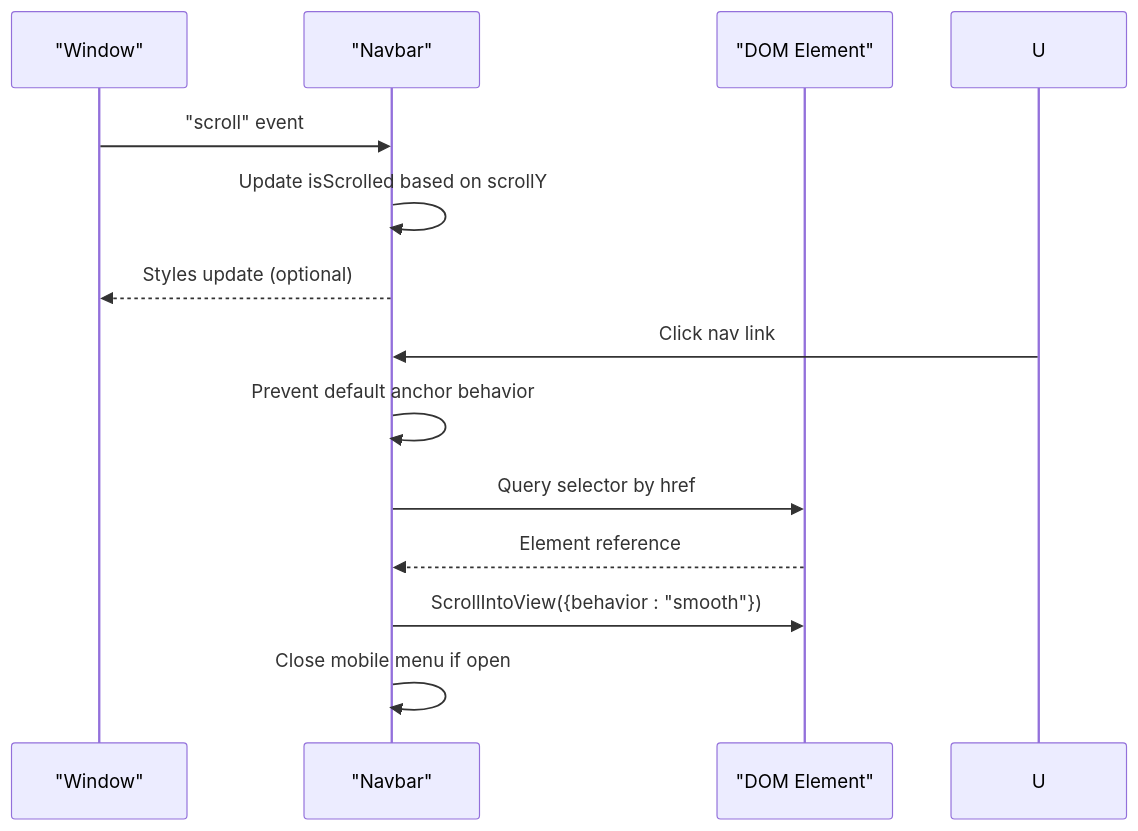
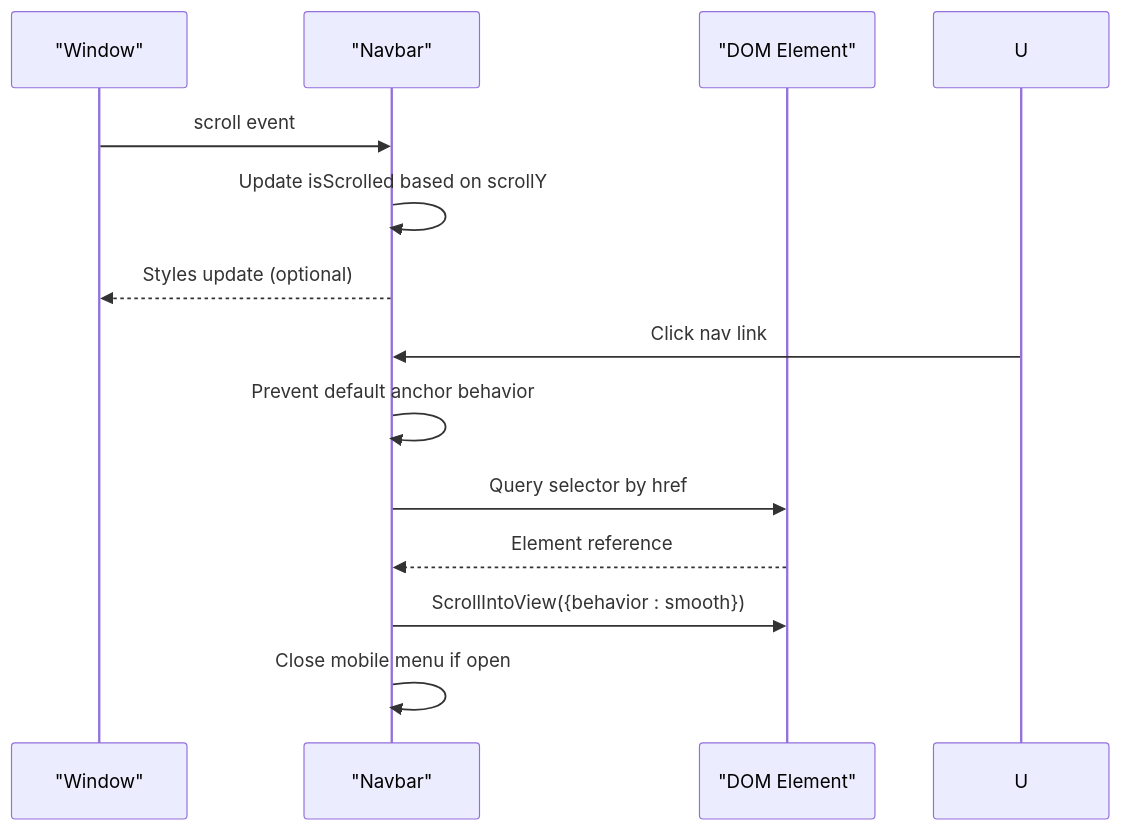
Before and after one commit to mohjak/sc-dof: the fourth of 5 diagrams in .qoder/repowiki/en/content/Component Architecture/Navigation and Layout Components/Navbar Component.md, drawn with Mermaid. The commit also changed other lines of this file and 68 other files, not shown here.

First line of the commit message:
docs(docs): update component architecture docs with markdown formatting fixes

````diff
--- a/.qoder/repowiki/en/content/Component Architecture/Navigation and Layout Components/Navbar Component.md
+++ b/.qoder/repowiki/en/content/Component Architecture/Navigation and Layout Components/Navbar Component.md
@@ -219,15 +217,15 @@
 ```mermaid
 sequenceDiagram
 participant W as "Window"
 participant N as "Navbar"
 participant E as "DOM Element"
-W->>N : "scroll" event
+W->>N : scroll event
 N->>N : Update isScrolled based on scrollY
 N-->>W : Styles update (optional)
 U->>N : Click nav link
 N->>N : Prevent default anchor behavior
 N->>E : Query selector by href
 E-->>N : Element reference
-N->>E : ScrollIntoView({behavior : "smooth"})
+N->>E : ScrollIntoView({behavior : smooth})
 N->>N : Close mobile menu if open
 ```
````
